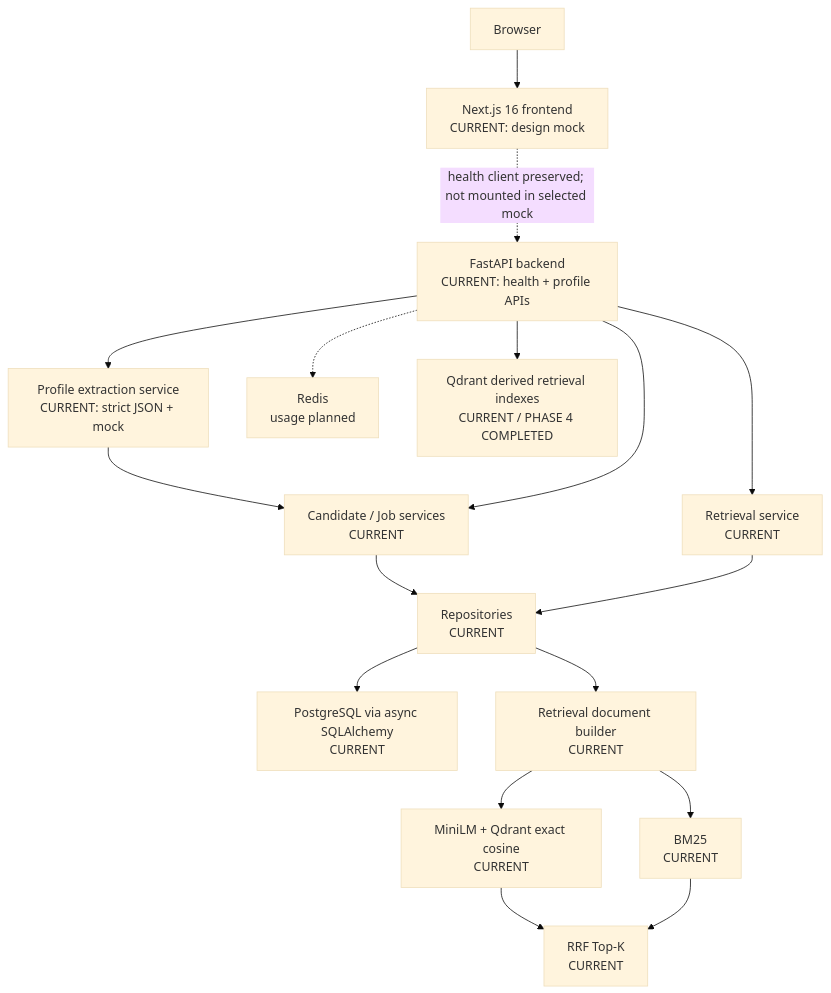
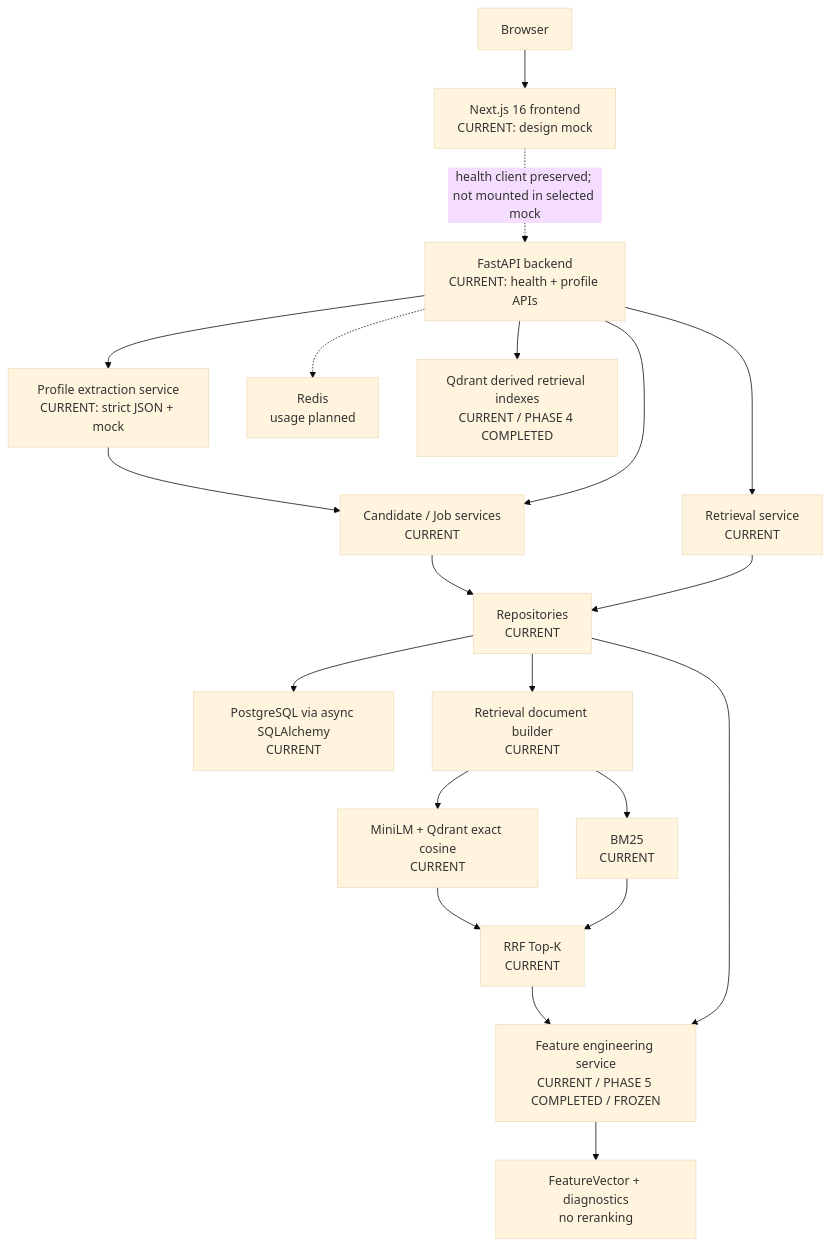
Before and after one commit to rM0on/peoplematch-agent: the first of 2 diagrams in docs/architecture.md, drawn with Mermaid (base theme). The commit also changed other lines of this file and 30 other files, not shown here.

Commit message:
feat: add auditable feature engineering layer

````diff
--- a/docs/architecture.md
+++ b/docs/architecture.md
@@ -25,19 +26,22 @@
 ```mermaid
 flowchart TD
     Browser["Browser"] --> Next["Next.js 16 frontend\nCURRENT: design mock"]
     Next -. "health client preserved; not mounted in selected mock" .-> FastAPI["FastAPI backend\nCURRENT: health + profile APIs"]
     FastAPI --> Extraction["Profile extraction service\nCURRENT: strict JSON + mock"]
     Extraction --> Service["Candidate / Job services\nCURRENT"]
     FastAPI --> Service
     Service --> Repository["Repositories\nCURRENT"]
     Repository --> PG["PostgreSQL via async SQLAlchemy\nCURRENT"]
     FastAPI --> RetrievalService["Retrieval service\nCURRENT"]
     RetrievalService --> Repository
     Repository --> Retrieval["Retrieval document builder\nCURRENT"]
     Retrieval --> Dense["MiniLM + Qdrant exact cosine\nCURRENT"]
     Retrieval --> Sparse["BM25\nCURRENT"]
     Dense --> Fusion["RRF Top-K\nCURRENT"]
     Sparse --> Fusion
+Fusion --> FeatureService["Feature engineering service\nCURRENT / PHASE 5 COMPLETED / FROZEN"]
+    Repository --> FeatureService
+    FeatureService --> FeatureContract["FeatureVector + diagnostics\nno reranking"]
     FastAPI -.-> Redis["Redis\nusage planned"]
     FastAPI --> Qdrant["Qdrant derived retrieval indexes\nCURRENT / PHASE 4 COMPLETED"]
 ```
````
